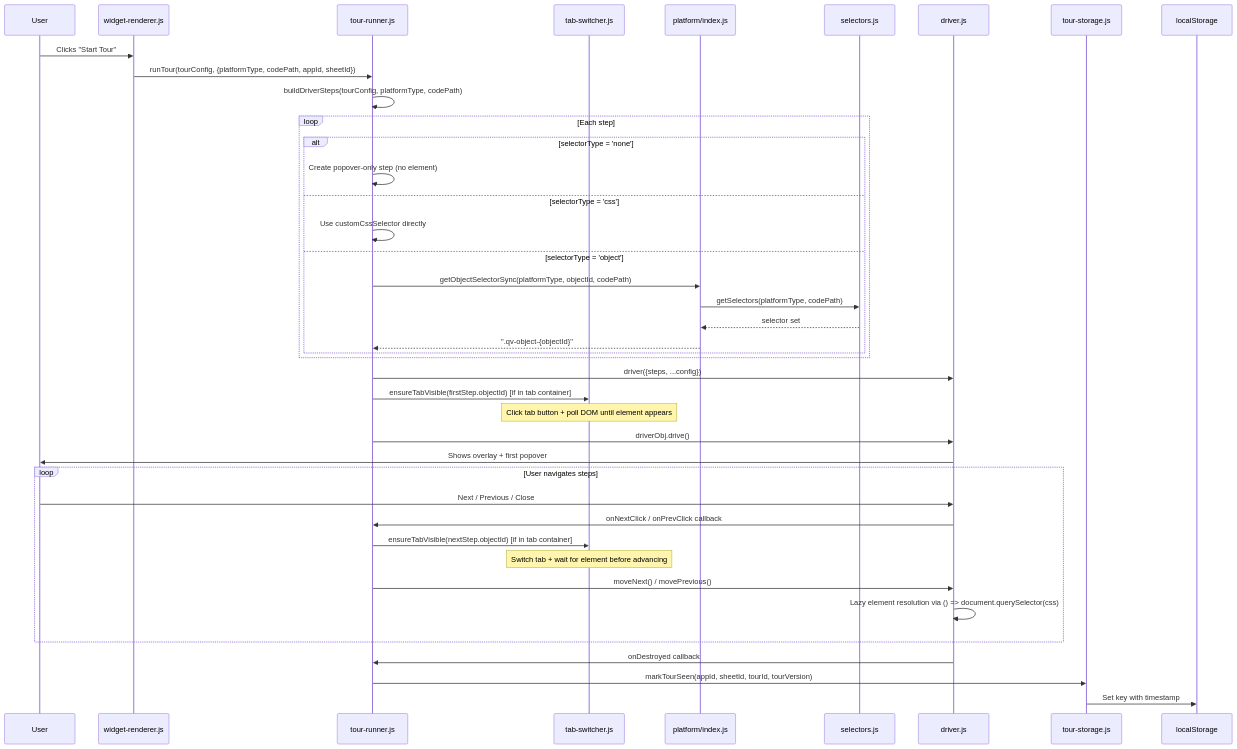
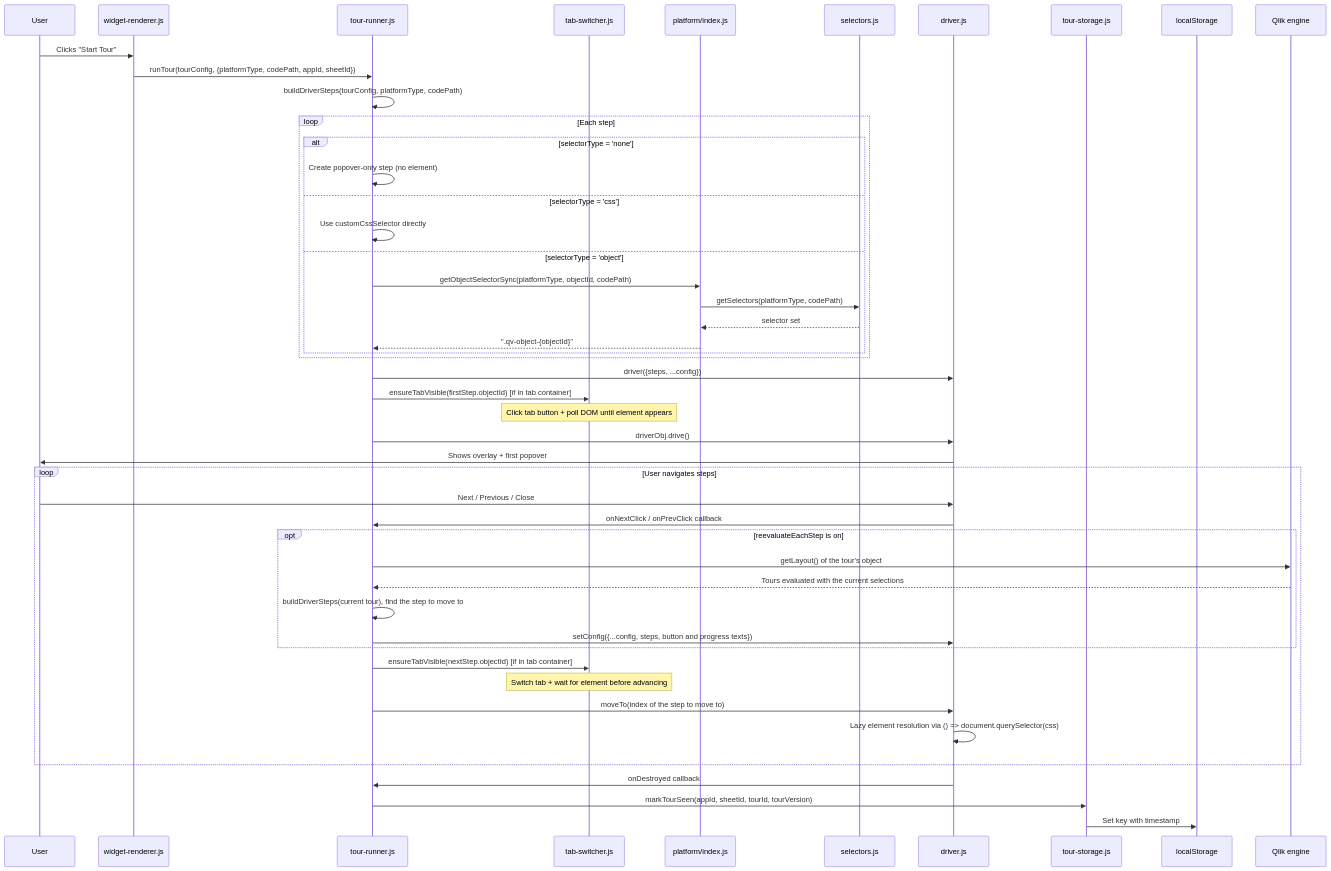
The second of 6 diagrams in docs/TOUR-SYSTEM.md (ptarmiganlabs/onboard.qs), drawn with Mermaid before and after one commit. The commit also changed other lines of this file and 8 other files, not shown here.

First line of the commit message:
feat(tour): optionally update tour expressions at each step

````diff
--- a/docs/TOUR-SYSTEM.md
+++ b/docs/TOUR-SYSTEM.md
@@ -108,48 +109,55 @@
 ```mermaid
 sequenceDiagram
     participant User
     participant WR as widget-renderer.js
     participant TR as tour-runner.js
     participant TB as tab-switcher.js
     participant PI as platform/index.js
     participant SE as selectors.js
     participant DJ as driver.js
     participant TS as tour-storage.js
     participant LS as localStorage
+    participant QE as Qlik engine
 
     User->>WR: Clicks "Start Tour"
     WR->>TR: runTour(tourConfig, {platformType, codePath, appId, sheetId})
     TR->>TR: buildDriverSteps(tourConfig, platformType, codePath)
 
     loop Each step
         alt selectorType = 'none'
             TR->>TR: Create popover-only step (no element)
         else selectorType = 'css'
             TR->>TR: Use customCssSelector directly
         else selectorType = 'object'
             TR->>PI: getObjectSelectorSync(platformType, objectId, codePath)
             PI->>SE: getSelectors(platformType, codePath)
             SE-->>PI: selector set
             PI-->>TR: ".qv-object-{objectId}"
         end
     end
 
     TR->>DJ: driver({steps, ...config})
     TR->>TB: ensureTabVisible(firstStep.objectId) [if in tab container]
     Note over TB: Click tab button + poll DOM until element appears
     TR->>DJ: driverObj.drive()
     DJ->>User: Shows overlay + first popover
 
     loop User navigates steps
         User->>DJ: Next / Previous / Close
         DJ->>TR: onNextClick / onPrevClick callback
+        opt reevaluateEachStep is on
+            TR->>QE: getLayout() of the tour's object
+            QE-->>TR: Tours evaluated with the current selections
+            TR->>TR: buildDriverSteps(current tour), find the step to move to
+            TR->>DJ: setConfig({...config, steps, button and progress texts})
+        end
         TR->>TB: ensureTabVisible(nextStep.objectId) [if in tab container]
         Note over TB: Switch tab + wait for element before advancing
-        TR->>DJ: moveNext() / movePrevious()
+        TR->>DJ: moveTo(index of the step to move to)
         DJ->>DJ: Lazy element resolution via () => document.querySelector(css)
     end
 
     DJ->>TR: onDestroyed callback
     TR->>TS: markTourSeen(appId, sheetId, tourId, tourVersion)
     TS->>LS: Set key with timestamp
 ```
````
